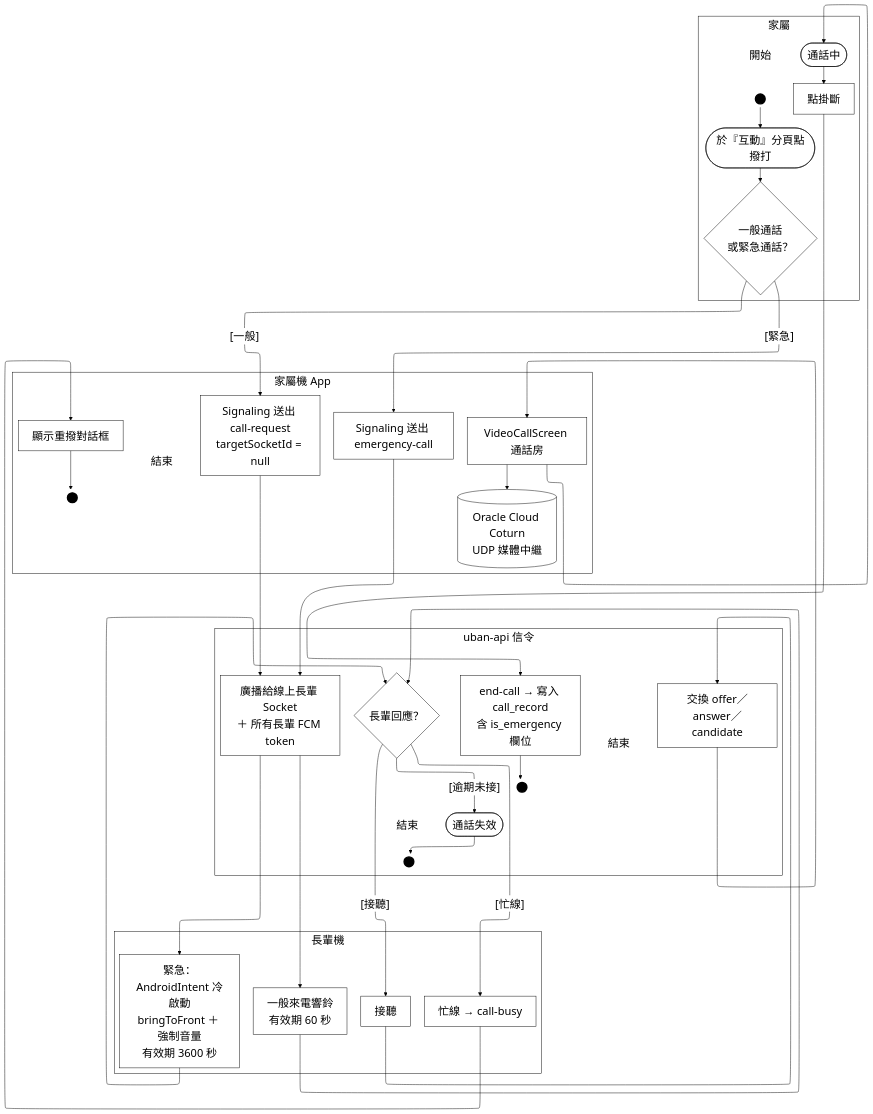
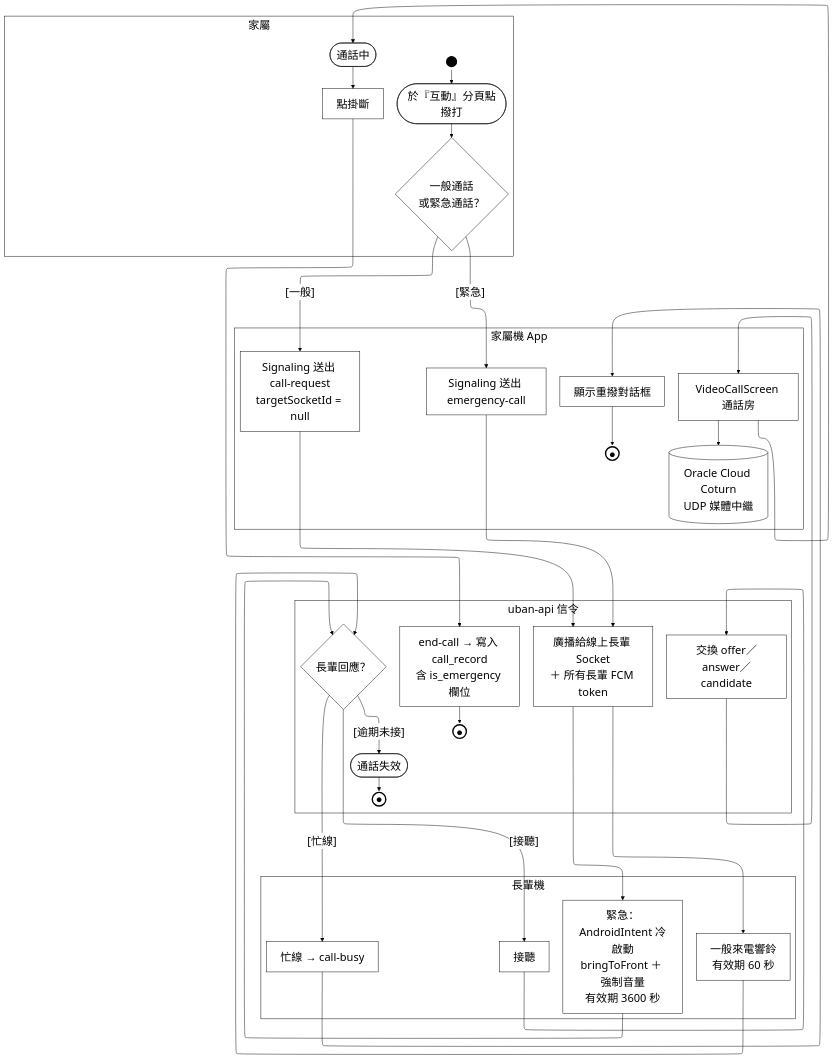
The diagram in Uban System Documents/mermaid原始碼/A16-家屬通訊.mmd (HuangYu-Kai/Uban), drawn with Mermaid before and after one commit. The commit also changed 87 other files, not shown here.

First line of the commit message:
圖表：全面改用 draw.io 取代 mermaid，並把 113 個純英文節點改成英中對照

```diff
--- a/Uban System Documents/mermaid原始碼/A16-家屬通訊.mmd
+++ b/Uban System Documents/mermaid原始碼/A16-家屬通訊.mmd
@@ -1,72 +1,68 @@
-%%{init:{"layout":"elk","elk":{"mergeEdges":false},"flowchart":{"htmlLabels":true},"themeVariables":{"clusterBkg":"#FFFFFF","clusterBorder":"#000000","edgeLabelBackground":"#FFFFFF","textColor":"#000000","nodeTextColor":"#000000","titleColor":"#000000","lineColor":"#000000","fontSize":"24px"}}}%%
+%%{init:{"layout":"elk","elk":{"mergeEdges":false,"nodePlacementStrategy":"NETWORK_SIMPLEX"},"flowchart":{"htmlLabels":true},"themeVariables":{"clusterBkg":"#FFFFFF","clusterBorder":"#000000","edgeLabelBackground":"#FFFFFF","textColor":"#000000","nodeTextColor":"#000000","titleColor":"#000000","lineColor":"#000000","fontSize":"24px"}}}%%
 flowchart TD
   subgraph ROLE["家屬"]
-    LS_S1["開始"]:::lbl
+    PAD_ROLE["&nbsp;&nbsp;&nbsp;&nbsp;&nbsp;&nbsp;&nbsp;&nbsp;&nbsp;&nbsp;&nbsp;&nbsp;&nbsp;&nbsp;&nbsp;&nbsp;&nbsp;&nbsp;&nbsp;&nbsp;&nbsp;&nbsp;&nbsp;&nbsp;&nbsp;&nbsp;&nbsp;&nbsp;&nbsp;&nbsp;&nbsp;&nbsp;&nbsp;&nbsp;&nbsp;&nbsp;&nbsp;&nbsp;&nbsp;&nbsp;&nbsp;&nbsp;&nbsp;&nbsp;&nbsp;&nbsp;&nbsp;&nbsp;&nbsp;&nbsp;&nbsp;&nbsp;&nbsp;&nbsp;&nbsp;&nbsp;&nbsp;&nbsp;&nbsp;&nbsp;&nbsp;&nbsp;&nbsp;&nbsp;&nbsp;&nbsp;&nbsp;&nbsp;&nbsp;&nbsp;&nbsp;&nbsp;&nbsp;&nbsp;&nbsp;&nbsp;&nbsp;&nbsp;&nbsp;&nbsp;&nbsp;&nbsp;&nbsp;&nbsp;&nbsp;&nbsp;&nbsp;&nbsp;&nbsp;&nbsp;&nbsp;&nbsp;&nbsp;&nbsp;&nbsp;&nbsp;&nbsp;"]:::pad
     ST_S1(("&nbsp;")):::term
     S1([於『互動』分頁點撥打]):::act
     S2{"一般通話<br/>或緊急通話？"}:::dec
     S3(["通話中"]):::act
     S4["點掛斷"]:::act
   end
   subgraph FE["家屬機 App"]
+    PAD_FE["&nbsp;&nbsp;&nbsp;&nbsp;"]:::pad
     A1["Signaling 送出 call-request<br/>targetSocketId = null"]:::act
     A2["Signaling 送出 emergency-call"]:::act
     A3["顯示重撥對話框"]:::act
-    LE_A3["結束"]:::lbl
-    EN_A3(("&nbsp;")):::term
+    EN_A3(("●")):::endterm
     A4["VideoCallScreen 通話房"]:::act
     M1[("Oracle Cloud Coturn<br/>UDP 媒體中繼")]:::act
   end
   subgraph FE2["長輩機"]
+    PAD_FE2["&nbsp;&nbsp;&nbsp;&nbsp;&nbsp;&nbsp;&nbsp;&nbsp;&nbsp;&nbsp;&nbsp;&nbsp;&nbsp;&nbsp;&nbsp;&nbsp;&nbsp;&nbsp;&nbsp;&nbsp;&nbsp;&nbsp;&nbsp;"]:::pad
     E1["一般來電響鈴<br/>有效期 60 秒"]:::act
     E2["緊急：AndroidIntent 冷啟動<br/>bringToFront ＋ 強制音量<br/>有效期 3600 秒"]:::act
     E3["接聽"]:::act
     E4["忙線 → call-busy"]:::act
   end
   subgraph BE["uban-api 信令"]
     B1["廣播給線上長輩 Socket<br/>＋ 所有長輩 FCM token"]:::act
     B2{"長輩回應？"}:::dec
     B3["交換 offer／answer／candidate"]:::act
     B4["end-call → 寫入 call_record<br/>含 is_emergency 欄位"]:::act
-    LE_B4["結束"]:::lbl
-    EN_B4(("&nbsp;")):::term
+    EN_B4(("●")):::endterm
     T1(["通話失效"]):::act
-    LE_T1["結束"]:::lbl
-    EN_T1(("&nbsp;")):::term
+    EN_T1(("●")):::endterm
   end
 
-  LS_S1 ~~~ ST_S1
   ST_S1 --> S1
   S1 --> S2
   S2 -->|"[一般]"| A1
   A1 --> B1
   B1 --> E1
   S2 -->|"[緊急]"| A2
   A2 --> B1
   B1 --> E2
   E1 --> B2
   E2 --> B2
   B2 -->|"[忙線]"| E4
   E4 --> A3
   B2 -->|"[逾期未接]"| T1
   B2 -->|"[接聽]"| E3
   E3 --> B3
   B3 --> A4
   A4 --> S3
   A4 --> M1
   S3 --> S4
   S4 --> B4
   A3 --> EN_A3
-  LE_A3 ~~~ EN_A3
   B4 --> EN_B4
-  LE_B4 ~~~ EN_B4
   T1 --> EN_T1
-  LE_T1 ~~~ EN_T1
   %% 鎖住泳道順序：ELK 不照宣告順序排，沒有這條鏈後端會跑到最上面
   ROLE ~~~ FE ~~~ FE2 ~~~ BE
 
+  classDef pad  fill:none,stroke:none,color:#FFFFFF
   classDef act  fill:#FFFFFF,stroke:#000000,stroke-width:1px,color:#000000
   classDef dec  fill:#FFFFFF,stroke:#000000,stroke-width:1px,color:#000000
   classDef term fill:#000000,stroke:#000000,stroke-width:3px,color:#000000
+  classDef endterm fill:#FFFFFF,stroke:#000000,stroke-width:3px,color:#000000
   classDef gap  fill:#FFFFFF,stroke:#000000,stroke-width:1px,color:#000000,stroke-dasharray:4 3
-  classDef lbl  fill:none,stroke:none,color:#000000
```
